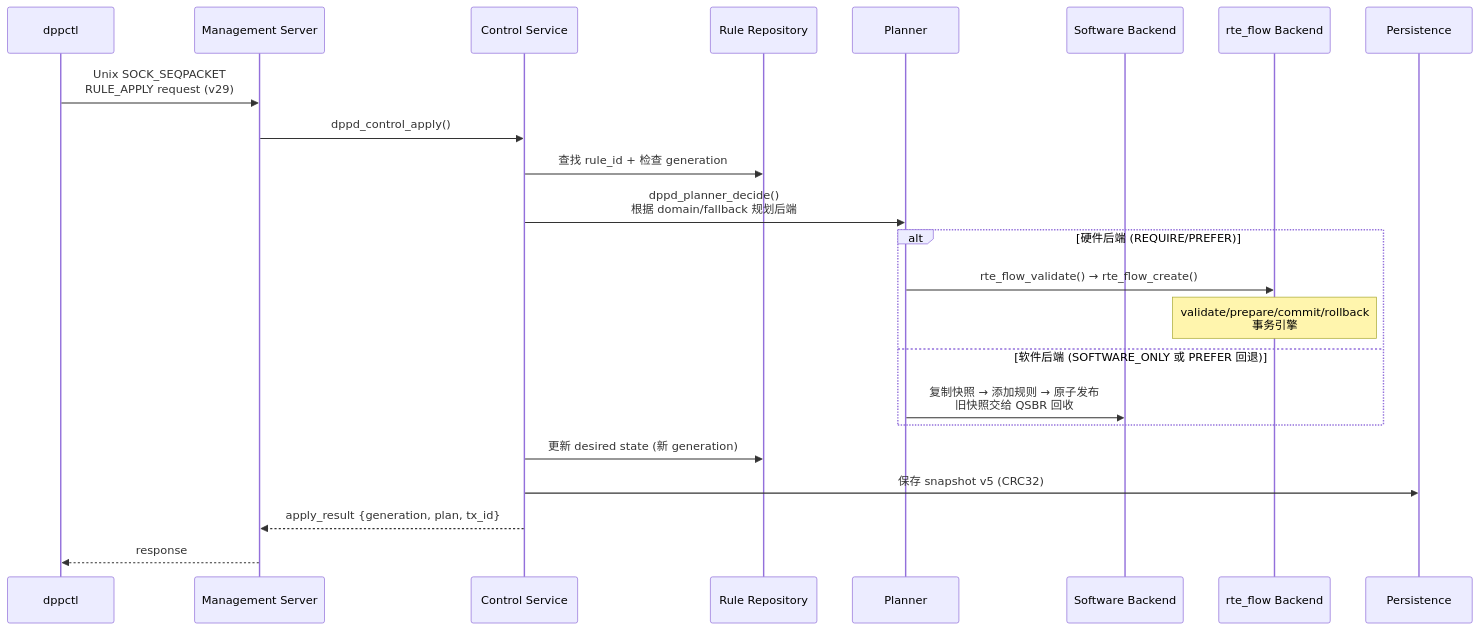
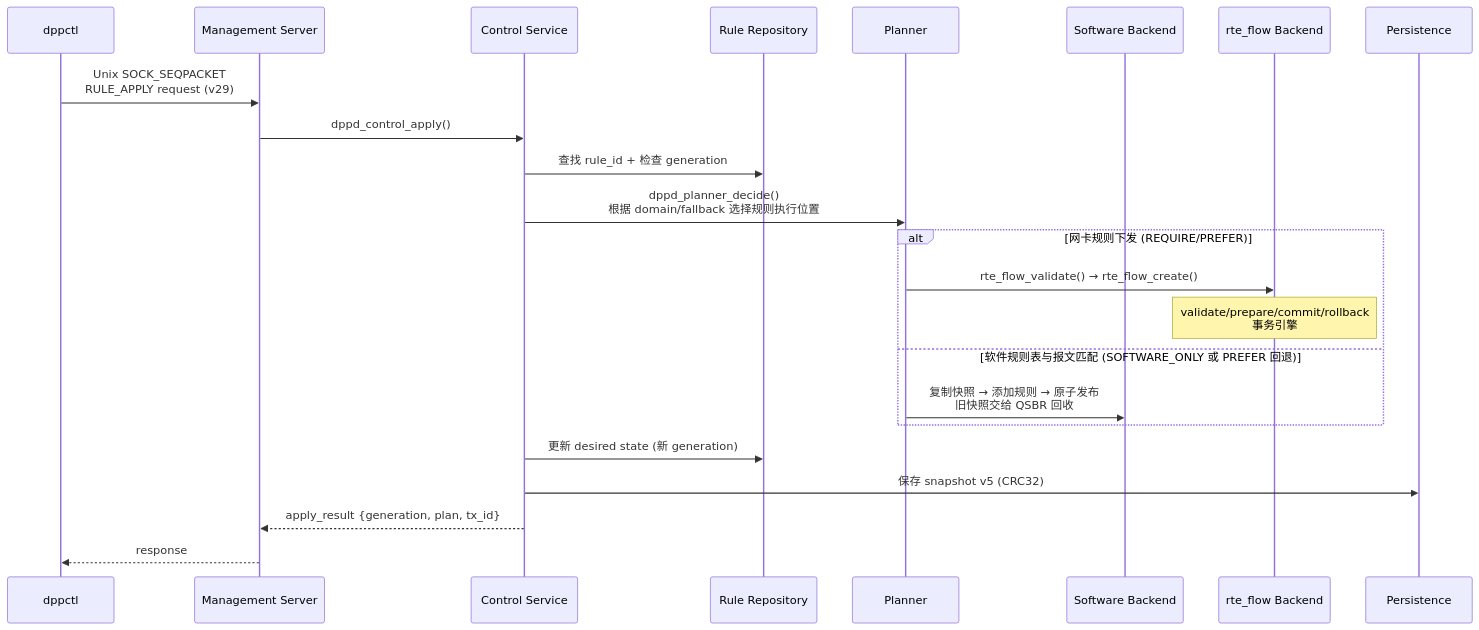
One commit to gwpptm007/dpdk-dataplane-platform changed the fourth of 7 diagrams in docs/architecture_analysis/project_deep_analysis.md. Above: the diagram before and after it, drawn with Mermaid. The commit also changed other lines of this file and 122 other files, not shown here.

````diff
--- a/docs/architecture_analysis/project_deep_analysis.md
+++ b/docs/architecture_analysis/project_deep_analysis.md
@@ -200,30 +200,30 @@
 ```mermaid
 sequenceDiagram
     participant CLI as dppctl
     participant Mgmt as Management Server
     participant Ctrl as Control Service
     participant Repo as Rule Repository
     participant Plan as Planner
     participant SW as Software Backend
     participant HW as rte_flow Backend
     participant Persist as Persistence
 
     CLI->>Mgmt: Unix SOCK_SEQPACKET<br/>RULE_APPLY request (v29)
     Mgmt->>Ctrl: dppd_control_apply()
 
     Ctrl->>Repo: 查找 rule_id + 检查 generation
-    Ctrl->>Plan: dppd_planner_decide()<br/>根据 domain/fallback 规划后端
+    Ctrl->>Plan: dppd_planner_decide()<br/>根据 domain/fallback 选择规则执行位置
 
-    alt 硬件后端 (REQUIRE/PREFER)
+    alt 网卡规则下发 (REQUIRE/PREFER)
         Plan->>HW: rte_flow_validate() → rte_flow_create()
         Note over HW: validate/prepare/commit/rollback<br/>事务引擎
-    else 软件后端 (SOFTWARE_ONLY 或 PREFER 回退)
+    else 软件规则表与报文匹配 (SOFTWARE_ONLY 或 PREFER 回退)
         Plan->>SW: 复制快照 → 添加规则 → 原子发布<br/>旧快照交给 QSBR 回收
     end
 
     Ctrl->>Repo: 更新 desired state (新 generation)
     Ctrl->>Persist: 保存 snapshot v5 (CRC32)
 
     Ctrl-->>Mgmt: apply_result {generation, plan, tx_id}
     Mgmt-->>CLI: response
 ```
````
